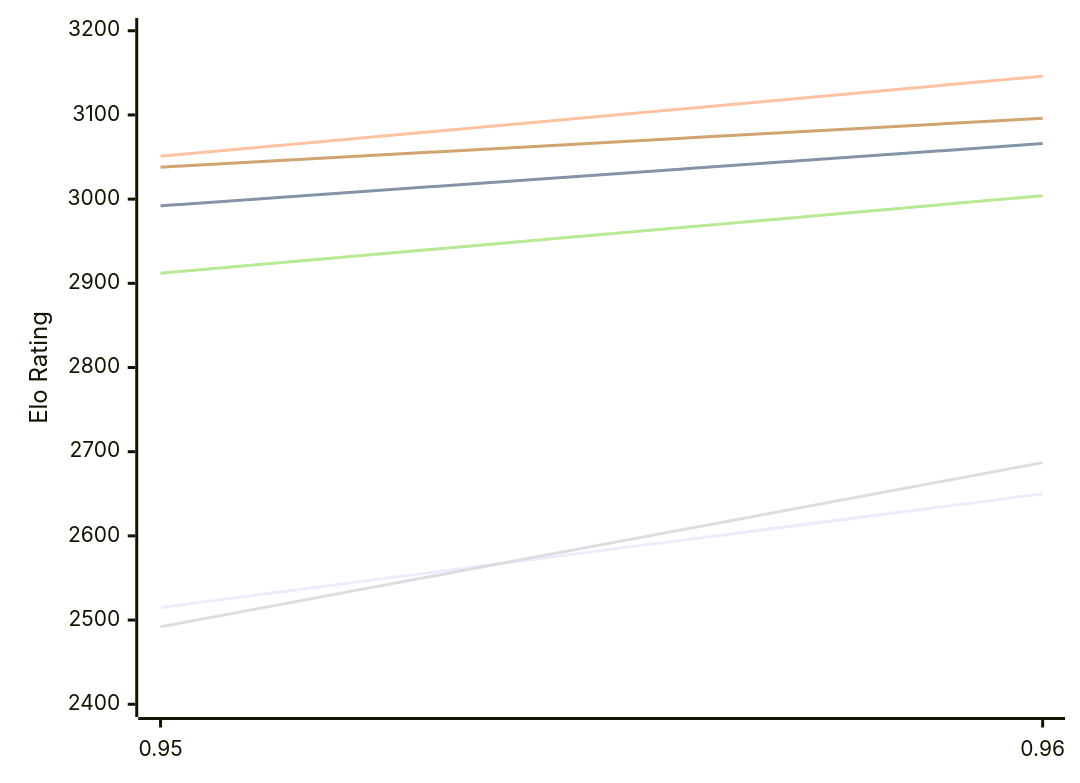
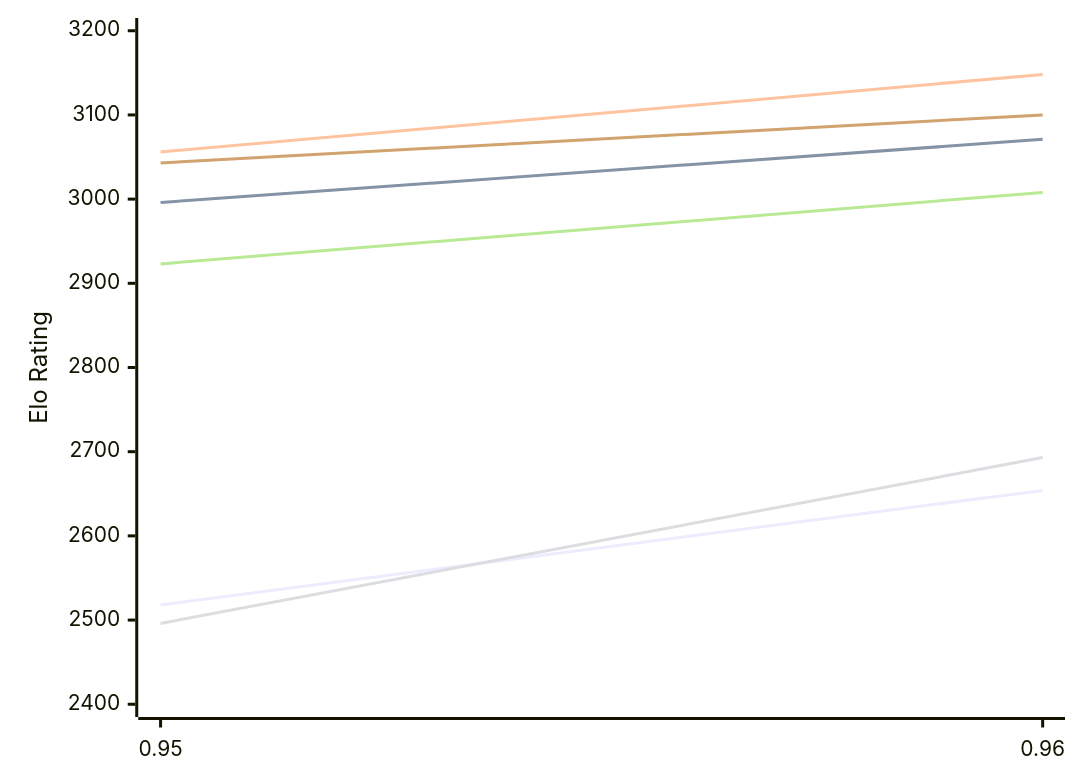
One commit to computer-chess-index/cci changed the first of 2 diagrams in engines/Myrddin.md. Above: the diagram before and after it, drawn with Mermaid. The commit also changed other lines of this file, not shown here.

Commit message:
Update CCI Ratings (ELO VLTC) - 2026-11-20

````diff
--- a/engines/Myrddin.md
+++ b/engines/Myrddin.md
@@ -51,12 +51,12 @@
 ```mermaid
 %%{init: {"theme":"base","themeVariables":{"seriesColors:['#a3a3a3','#222221','#faa371']}}}%%
 xychart-beta
   x-axis ["0.95", "0.96"]
   y-axis "Elo Rating" 2400 --> 3200
-  line "E1: STC (8.0+0.08s)" [2515, 2650]
-  line "E1: LTC (60.0+0.60s)" [2992, 3066]
-  line "E1: VLTC (2m24s+1.12s)" [3051, 3146]
-  line "P1: STC (8.0+0.08s)" [2492, 2687]
-  line "P1: LTC (60.0+0.60s)" [2912, 3004]
-  line "P1: VLTC (2m24s+1.12s)" [3038, 3096]
+  line "E1: STC (8.0+0.08s)" [2518, 2654]
+  line "E1: LTC (60.0+0.60s)" [2996, 3071]
+  line "E1: VLTC (2m24s+1.12s)" [3056, 3148]
+  line "P1: STC (8.0+0.08s)" [2496, 2693]
+  line "P1: LTC (60.0+0.60s)" [2923, 3008]
+  line "P1: VLTC (2m24s+1.12s)" [3043, 3100]
 ```
````
